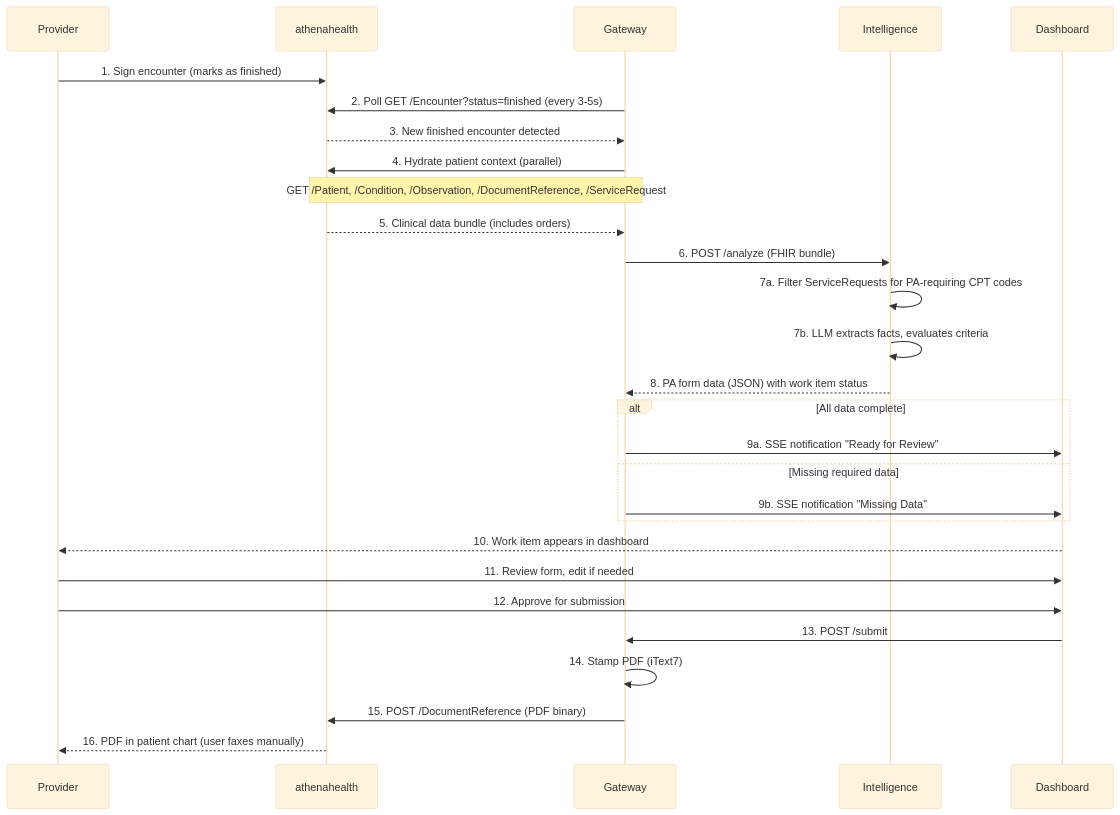
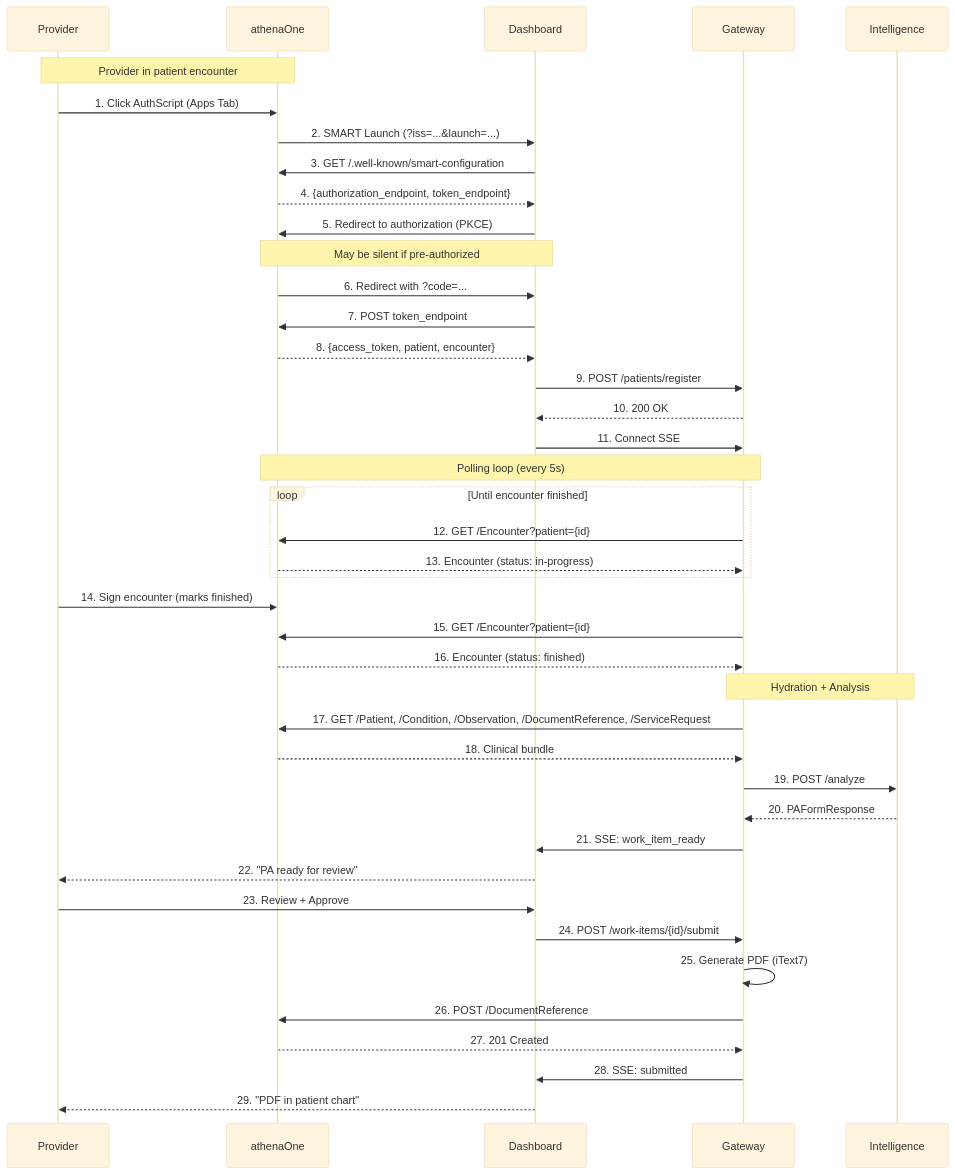
One commit to lvlup-sw/authscript changed the second of 2 diagrams in docs/designs/2026-01-29-athenahealth-pivot-mvp.md. Above: the diagram before and after it, drawn with Mermaid (base theme). The commit also changed other lines of this file and 2 other files, not shown here.

First line of the commit message:
docs: revise athenahealth design for SMART on FHIR embedded app architecture

````diff
--- a/docs/designs/2026-01-29-athenahealth-pivot-mvp.md
+++ b/docs/designs/2026-01-29-athenahealth-pivot-mvp.md
@@ -638,31 +365,51 @@
 ```mermaid
 sequenceDiagram
     participant P as Provider
-    participant A as athenahealth
+    participant A as athenaOne
+    participant D as Dashboard
     participant G as Gateway
     participant I as Intelligence
-    participant D as Dashboard
 
-    P->>A: 1. Sign encounter (marks as finished)
-    G->>A: 2. Poll GET /Encounter?status=finished (every 3-5s)
-    A-->>G: 3. New finished encounter detected
-    G->>A: 4. Hydrate patient context (parallel)
-    Note over G,A: GET /Patient, /Condition, /Observation, /DocumentReference, /ServiceRequest
-    A-->>G: 5. Clinical data bundle (includes orders)
-    G->>I: 6. POST /analyze (FHIR bundle)
-    I->>I: 7a. Filter ServiceRequests for PA-requiring CPT codes
-    I->>I: 7b. LLM extracts facts, evaluates criteria
-    I-->>G: 8. PA form data (JSON) with work item status
-    alt All data complete
-        G->>D: 9a. SSE notification "Ready for Review"
-    else Missing required data
-        G->>D: 9b. SSE notification "Missing Data"
+    Note over P,A: Provider in patient encounter
+
+    P->>A: 1. Click AuthScript (Apps Tab)
+    A->>D: 2. SMART Launch (?iss=...&launch=...)
+    D->>A: 3. GET /.well-known/smart-configuration
+    A-->>D: 4. {authorization_endpoint, token_endpoint}
+    D->>A: 5. Redirect to authorization (PKCE)
+    Note over D,A: May be silent if pre-authorized
+    A->>D: 6. Redirect with ?code=...
+    D->>A: 7. POST token_endpoint
+    A-->>D: 8. {access_token, patient, encounter}
+
+    D->>G: 9. POST /patients/register
+    G-->>D: 10. 200 OK
+    D->>G: 11. Connect SSE
+
+    Note over G,A: Polling loop (every 5s)
+    loop Until encounter finished
+        G->>A: 12. GET /Encounter?patient={id}
+        A-->>G: 13. Encounter (status: in-progress)
     end
-    D-->>P: 10. Work item appears in dashboard
-    P->>D: 11. Review form, edit if needed
-    P->>D: 12. Approve for submission
-    D->>G: 13. POST /submit
-    G->>G: 14. Stamp PDF (iText7)
-    G->>A: 15. POST /DocumentReference (PDF binary)
-    A-->>P: 16. PDF in patient chart (user faxes manually)
+
+    P->>A: 14. Sign encounter (marks finished)
+    G->>A: 15. GET /Encounter?patient={id}
+    A-->>G: 16. Encounter (status: finished)
+
+    Note over G,I: Hydration + Analysis
+    G->>A: 17. GET /Patient, /Condition, /Observation, /DocumentReference, /ServiceRequest
+    A-->>G: 18. Clinical bundle
+    G->>I: 19. POST /analyze
+    I-->>G: 20. PAFormResponse
+
+    G->>D: 21. SSE: work_item_ready
+    D-->>P: 22. "PA ready for review"
+
+    P->>D: 23. Review + Approve
+    D->>G: 24. POST /work-items/{id}/submit
+    G->>G: 25. Generate PDF (iText7)
+    G->>A: 26. POST /DocumentReference
+    A-->>G: 27. 201 Created
+    G->>D: 28. SSE: submitted
+    D-->>P: 29. "PDF in patient chart"
 ```
````
